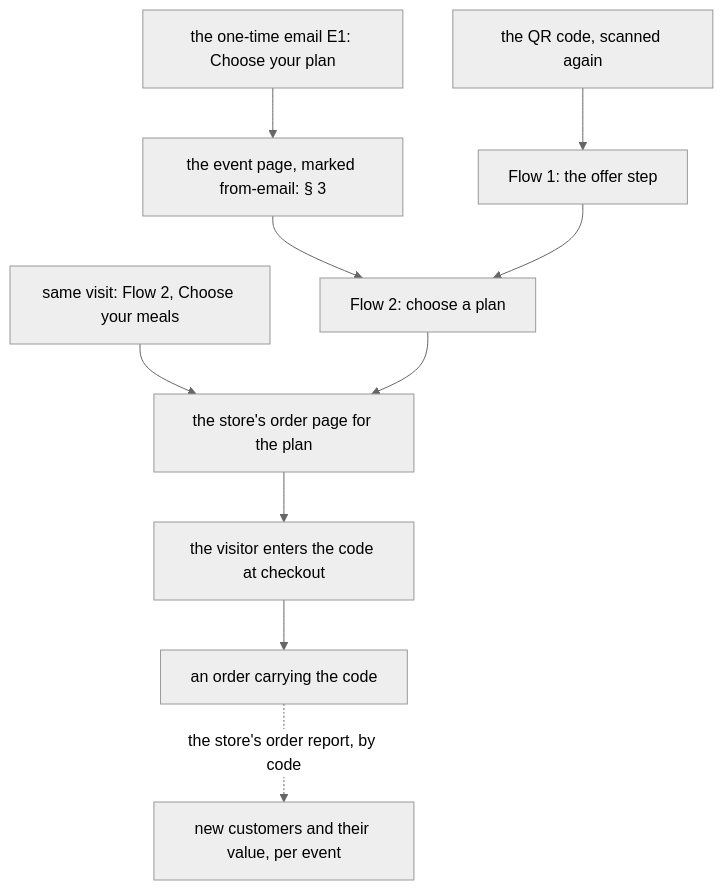
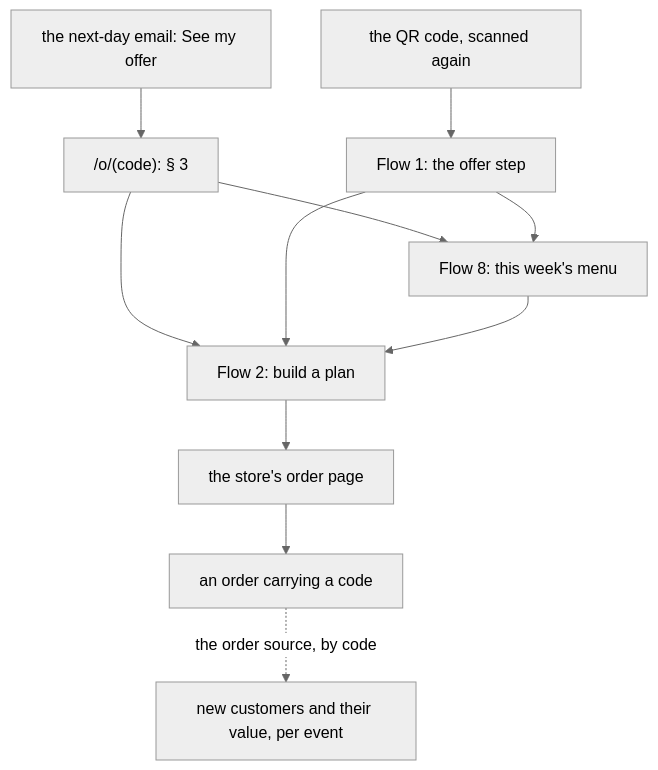
Before and after one commit to fitaf-hq/fitaf-microsites: the first of 2 diagrams in boston-2026-10/flows/05-return-and-redeem.md, drawn with Mermaid (neutral theme). The commit also changed other lines of this file and 7 other files, not shown here.

First line of the commit message:
Flows, second review: next-day email (suppressed by redeemed code), meal size instead of goal with a browser-only share calculator, permissive /o/<code> redemption, the two skip links, Flow 8 (this week's menu), Resend

````diff
--- a/boston-2026-10/flows/05-return-and-redeem.md
+++ b/boston-2026-10/flows/05-return-and-redeem.md
@@ -13,12 +14,13 @@
 ```mermaid
 flowchart TD
-  NOW[same visit: Flow 2, Choose your meals] --> STORE
-  E1[the one-time email E1: Choose your plan] --> EV[the event page, marked from-email: § 3]
-  EV --> F2[Flow 2: choose a plan]
+  E1[the next-day email: See my offer] --> O["/o/(code): § 3"]
+  O --> F2[Flow 2: build a plan]
+  O --> F8[Flow 8: this week's menu]
   QR[the QR code, scanned again] --> F1[Flow 1: the offer step]
   F1 --> F2
-  F2 --> STORE[the store's order page for the plan]
-  STORE --> CODE[the visitor enters the code at checkout]
-  CODE --> ORDER[an order carrying the code]
-  ORDER -. the store's order report, by code .-> METRICS[new customers and their value, per event]
+  F1 --> F8
+  F8 --> F2
+  F2 --> STORE[the store's order page]
+  STORE --> ORDER[an order carrying a code]
+  ORDER -. the order source, by code .-> METRICS[new customers and their value, per event]
 ```
````
